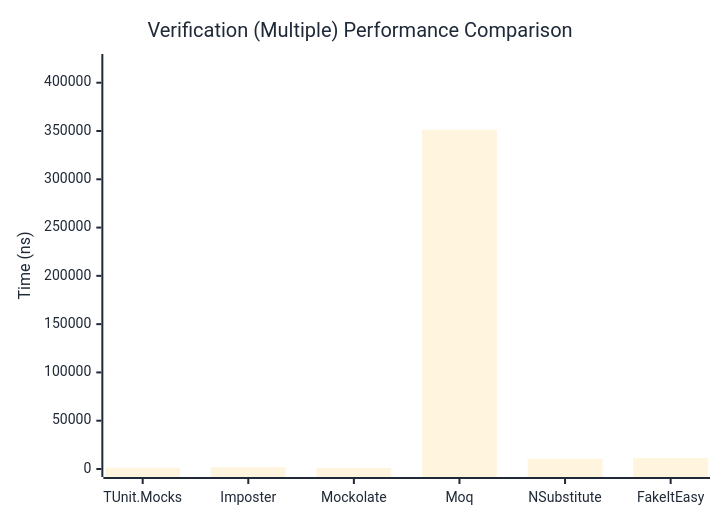
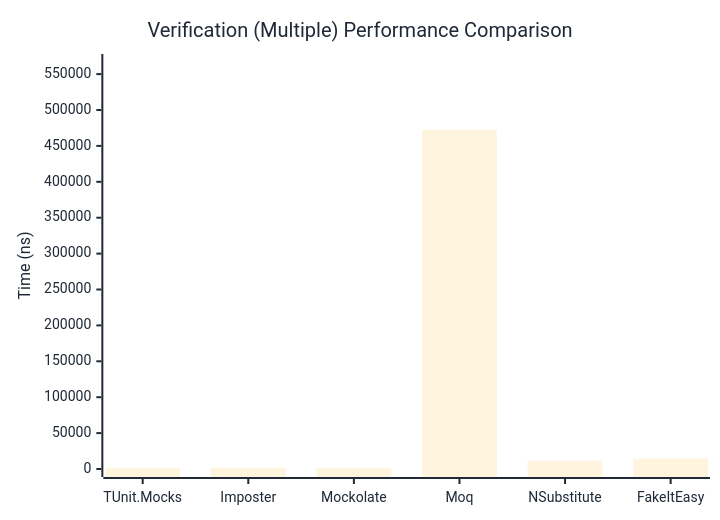
One commit to thomhurst/TUnit changed the third of 3 diagrams in docs/docs/benchmarks/mocks/Verification.md. Above: the diagram before and after it, drawn with Mermaid. The commit also changed other lines of this file and 14 other files, not shown here.

````diff
--- a/docs/docs/benchmarks/mocks/Verification.md
+++ b/docs/docs/benchmarks/mocks/Verification.md
@@ -110,27 +110,27 @@
 ```mermaid
 %%{init: {
   'theme':'base',
   'themeVariables': {
     'primaryColor': '#2563eb',
     'primaryTextColor': '#1f2937',
     'primaryBorderColor': '#1e40af',
     'lineColor': '#6b7280',
     'secondaryColor': '#7c3aed',
     'tertiaryColor': '#dc2626',
     'background': '#ffffff',
     'pie1': '#2563eb',
     'pie2': '#7c3aed',
     'pie3': '#dc2626',
     'pie4': '#f59e0b',
     'pie5': '#10b981',
     'pie6': '#06b6d4',
     'pie7': '#ec4899',
     'pie8': '#6366f1'
   }
 }}%%
 xychart-beta
   title "Verification (Multiple) Performance Comparison"
   x-axis ["TUnit.Mocks", "Imposter", "Mockolate", "Moq", "NSubstitute", "FakeItEasy"]
-  y-axis "Time (ns)" 0 --> 421441
-  bar [1299.33, 1832.18, 1125, 351200.76, 10591.45, 11465.1]
+  y-axis "Time (ns)" 0 --> 566861
+  bar [1384.11, 1813.7, 1173.12, 472383.85, 11672.27, 14663.51]
 ```
````
